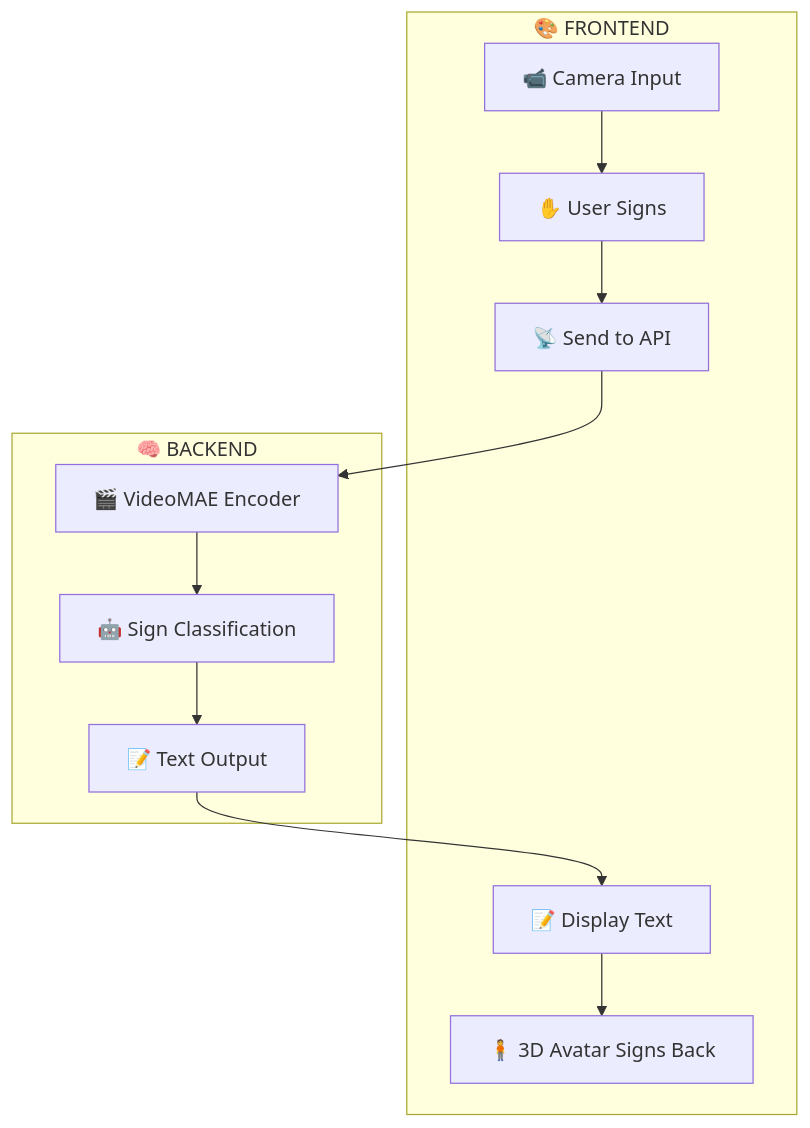
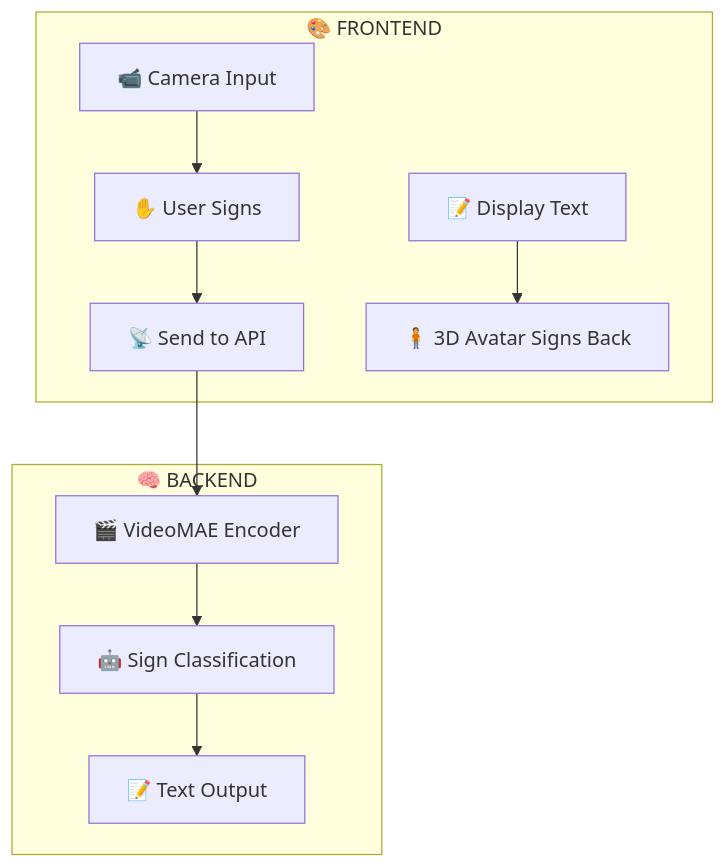
Before and after one commit to Okeha/SignrrGPT: the diagram in README.md, drawn with Mermaid.

````diff
--- a/README.md
+++ b/README.md
@@ -53,16 +53,15 @@
 ```mermaid
 flowchart TB
     subgraph Frontend["🎨 FRONTEND"]
         A["📹 Camera Input"] --> B["✋ User Signs"]
         B --> C["📡 Send to API"]
         G["📝 Display Text"] --> H["🧍 3D Avatar Signs Back"]
     end
     
     subgraph Backend["🧠 BACKEND"]
         D["🎬 VideoMAE Encoder"] --> E["🤖 Sign Classification"]
         E --> F["📝 Text Output"]
     end
     
     C --> D
-    F --> G
 ```
````
